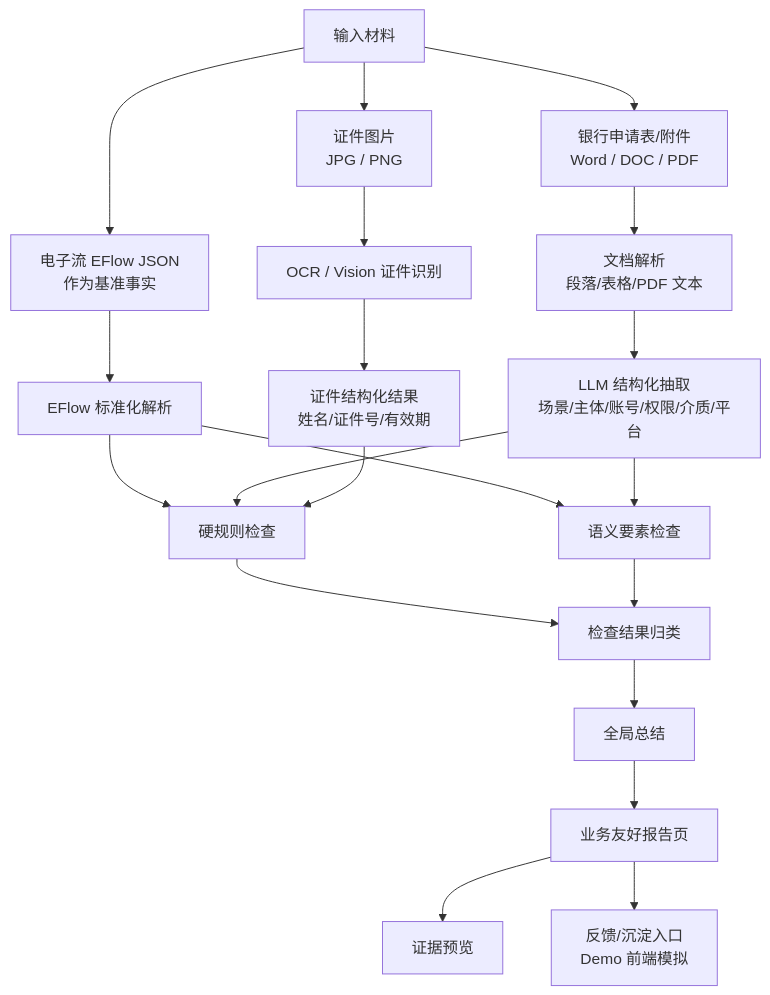
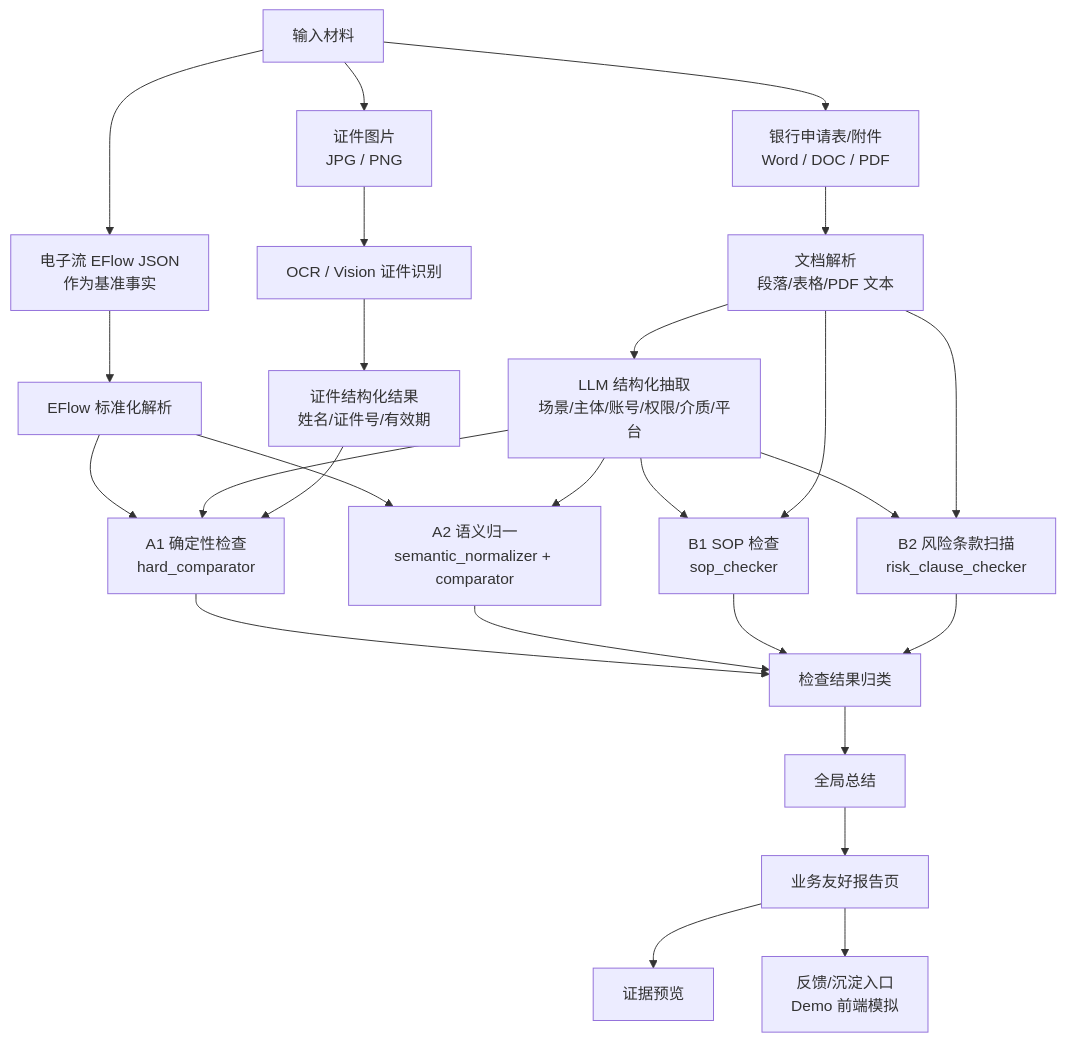
Before and after one commit to LuluCJJ/contract_handle: the first of 4 diagrams in docs/当前方案与产品交接文档.md, drawn with Mermaid. The commit also changed other lines of this file and 14 other files, not shown here.

````diff
--- a/docs/当前方案与产品交接文档.md
+++ b/docs/当前方案与产品交接文档.md
@@ -68,29 +71,36 @@
 ```mermaid
 flowchart TD
     A["输入材料"] --> A1["电子流 EFlow JSON<br/>作为基准事实"]
     A --> A2["银行申请表/附件<br/>Word / DOC / PDF"]
     A --> A3["证件图片<br/>JPG / PNG"]
 
     A1 --> B["EFlow 标准化解析"]
     A2 --> C["文档解析<br/>段落/表格/PDF 文本"]
     A3 --> D["OCR / Vision 证件识别"]
 
     C --> E["LLM 结构化抽取<br/>场景/主体/账号/权限/介质/平台"]
     D --> F["证件结构化结果<br/>姓名/证件号/有效期"]
 
-    B --> G["硬规则检查"]
+    B --> G["A1 确定性检查<br/>hard_comparator"]
     E --> G
     F --> G
 
-    B --> H["语义要素检查"]
+    B --> H["A2 语义归一<br/>semantic_normalizer + comparator"]
     E --> H
+
+    E --> N["B1 SOP 检查<br/>sop_checker"]
+    C --> N
+    E --> O["B2 风险条款扫描<br/>risk_clause_checker"]
+    C --> O
 
     G --> I["检查结果归类"]
     H --> I
+    N --> I
+    O --> I
 
     I --> J["全局总结"]
     J --> K["业务友好报告页"]
 
     K --> L["证据预览"]
     K --> M["反馈/沉淀入口<br/>Demo 前端模拟"]
 ```
````
